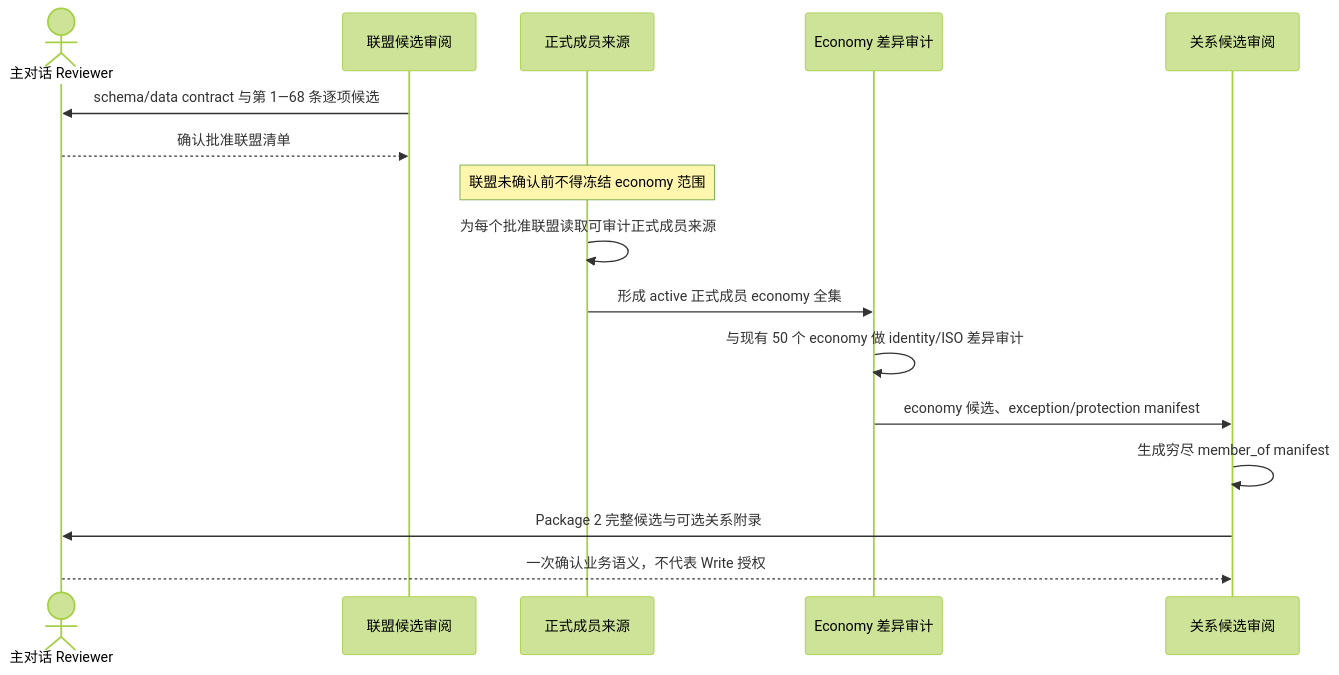
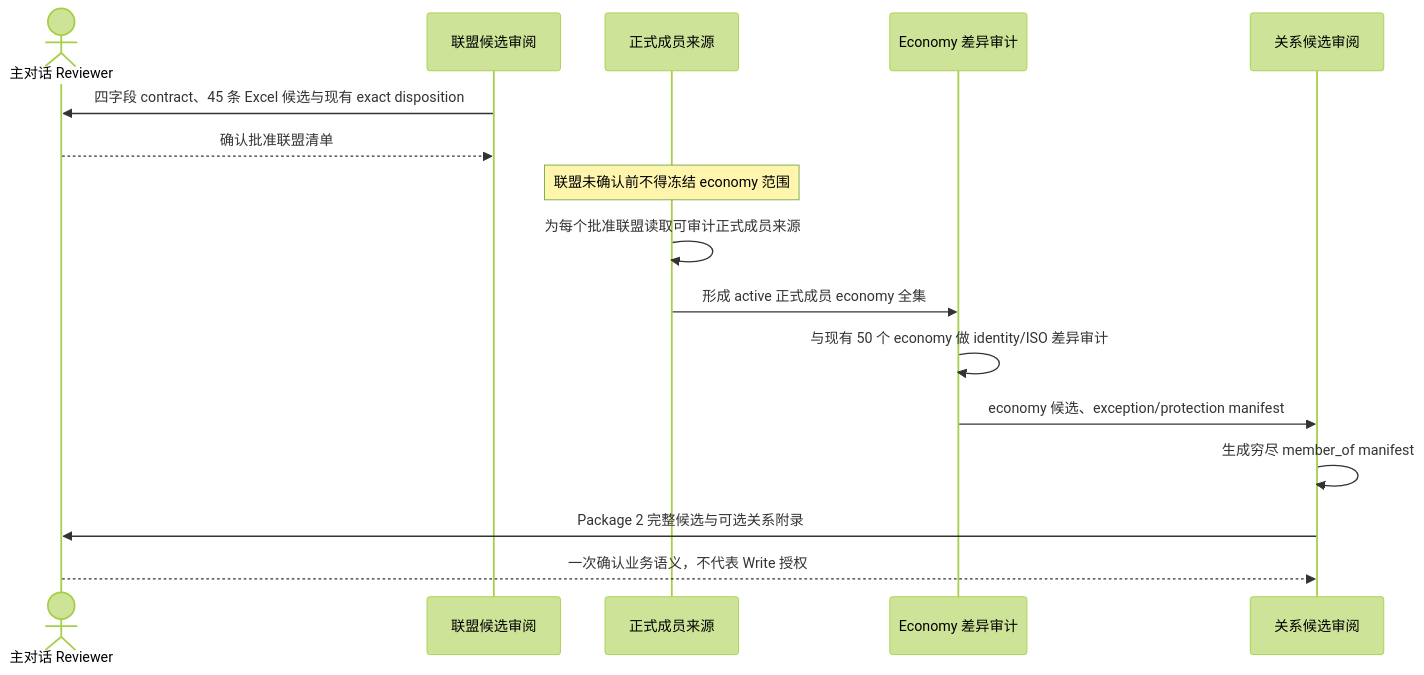
One commit to meierlink88/tidewise-ai changed the first of 2 diagrams in openspec/changes/reinitialize-alliance-economy-foundation/design.md. Above: the diagram before and after it, drawn with Mermaid (forest theme). The commit also changed other lines of this file and 9 other files, not shown here.

````diff
--- a/openspec/changes/reinitialize-alliance-economy-foundation/design.md
+++ b/openspec/changes/reinitialize-alliance-economy-foundation/design.md
@@ -70,19 +68,19 @@
 ```mermaid
 sequenceDiagram
     actor Reviewer as 主对话 Reviewer
     participant Alliance as 联盟候选审阅
     participant Source as 正式成员来源
     participant Economy as Economy 差异审计
     participant Relation as 关系候选审阅
 
-    Alliance->>Reviewer: schema/data contract 与第 1—68 条逐项候选
+    Alliance->>Reviewer: 四字段 contract、45 条 Excel 候选与现有 exact disposition
     Reviewer-->>Alliance: 确认批准联盟清单
     Note over Source: 联盟未确认前不得冻结 economy 范围
     Source->>Source: 为每个批准联盟读取可审计正式成员来源
     Source->>Economy: 形成 active 正式成员 economy 全集
     Economy->>Economy: 与现有 50 个 economy 做 identity/ISO 差异审计
     Economy->>Relation: economy 候选、exception/protection manifest
     Relation->>Relation: 生成穷尽 member_of manifest
     Relation->>Reviewer: Package 2 完整候选与可选关系附录
     Reviewer-->>Relation: 一次确认业务语义，不代表 Write 授权
 ```
````
